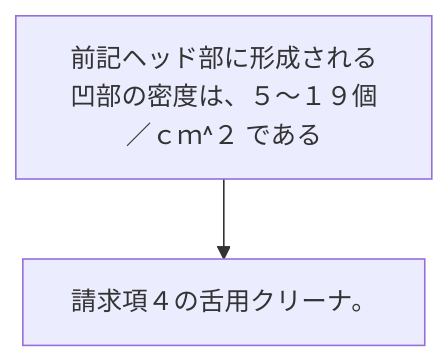
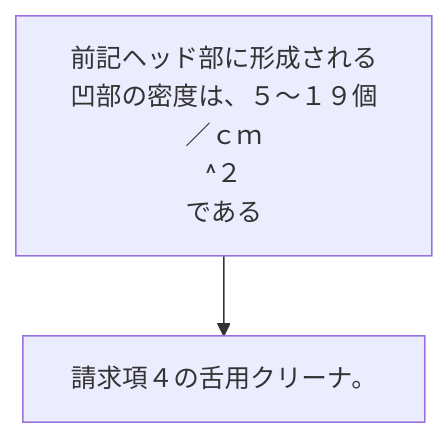
Before and after one commit to shinmori55/patent_analyzed: the diagram in 2024/JP2024005430A/claim_5/README.md, drawn with Mermaid. The commit also changed 336 other files, not shown here.

````diff
--- a/2024/JP2024005430A/claim_5/README.md
+++ b/2024/JP2024005430A/claim_5/README.md
@@ -5,6 +5,8 @@
 ```mermaid
 flowchart TD
-A[前記ヘッド部に形成される凹部の密度は、５～１９個／ｃｍ^２ である]
+A[前記ヘッド部に形成される凹部の密度は、５～１９個／ｃｍ
+^２
+である]
 B[請求項４の舌用クリーナ。]
 A --> B
 ```
````
